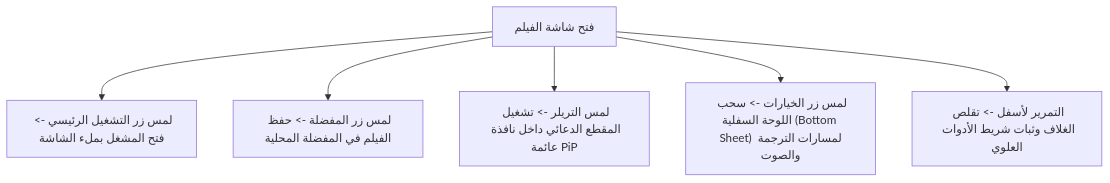
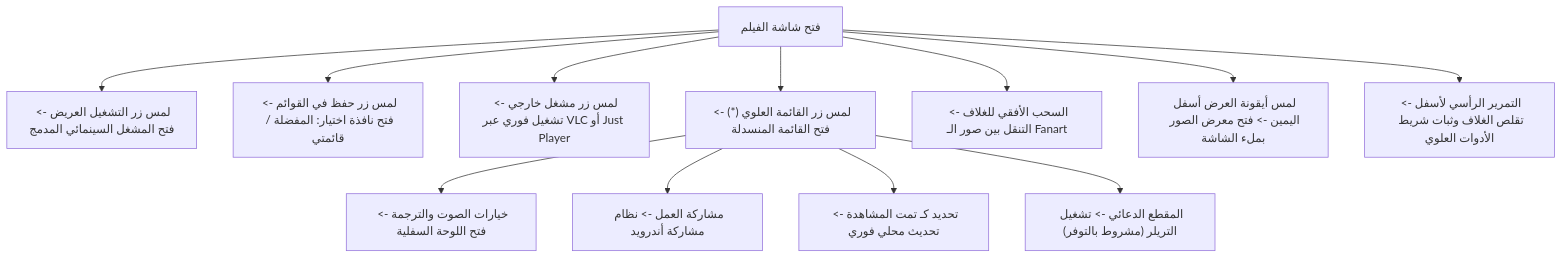
Before and after one commit to 0s-a/mdd-tv: the diagram in docs/current/screens/media_details/02_movie_details_screen.md, drawn with Mermaid. The commit also changed other lines of this file and 16 other files, not shown here.

Commit message:
feat(player): streamline cinema hud, unify actions modal, and add thumbnail preview

````diff
--- a/docs/current/screens/media_details/02_movie_details_screen.md
+++ b/docs/current/screens/media_details/02_movie_details_screen.md
@@ -70,8 +85,16 @@
 ```mermaid
 flowchart TD
-    OpenScreen["فتح شاشة الفيلم"] --> TapPlay["لمس زر التشغيل الرئيسي -> فتح المشغل بملء الشاشة"]
-    OpenScreen --> TapFavorite["لمس زر المفضلة -> حفظ الفيلم في المفضلة المحلية"]
-    OpenScreen --> TapTrailer["لمس التريلر -> تشغيل المقطع الدعائي داخل نافذة عائمة PiP"]
-    OpenScreen --> TapMore["لمس زر الخيارات -> سحب اللوحة السفلية (Bottom Sheet) لمسارات الترجمة والصوت"]
-    OpenScreen --> ScrollDown["التمرير لأسفل -> تقلص الغلاف وثبات شريط الأدوات العلوي"]
+    OpenScreen["فتح شاشة الفيلم"] --> TapPlay["لمس زر التشغيل العريض -> فتح المشغل السينمائي المدمج"]
+    OpenScreen --> TapSave["لمس زر حفظ في القوائم -> فتح نافذة اختيار: المفضلة / قائمتي"]
+    OpenScreen --> TapExternal["لمس زر مشغل خارجي -> تشغيل فوري عبر VLC أو Just Player"]
+    OpenScreen --> TapTopMenu["لمس زر القائمة العلوي (*) -> فتح القائمة المنسدلة"]
+    
+    TapTopMenu --> MenuOptions["خيارات الصوت والترجمة -> فتح اللوحة السفلية"]
+    TapTopMenu --> MenuShare["مشاركة العمل -> نظام مشاركة أندرويد"]
+    TapTopMenu --> MenuWatched["تحديد كـ تمت المشاهدة -> تحديث محلي فوري"]
+    TapTopMenu --> MenuTrailer["المقطع الدعائي -> تشغيل التريلر (مشروط بالتوفر)"]
+
+    OpenScreen --> SwipeBackdrops["السحب الأفقي للغلاف -> التنقل بين صور الـ Fanart"]
+    OpenScreen --> TapPreview["لمس أيقونة العرض أسفل اليمين -> فتح معرض الصور بملء الشاشة"]
+    OpenScreen --> ScrollDown["التمرير الرأسي لأسفل -> تقلص الغلاف وثبات شريط الأدوات العلوي"]
 ```
````
